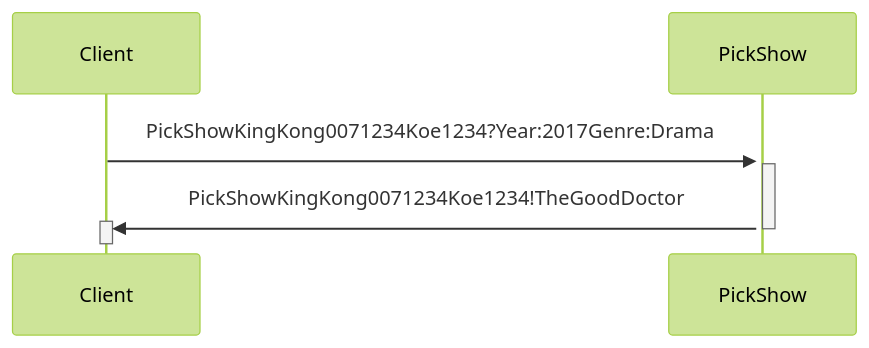
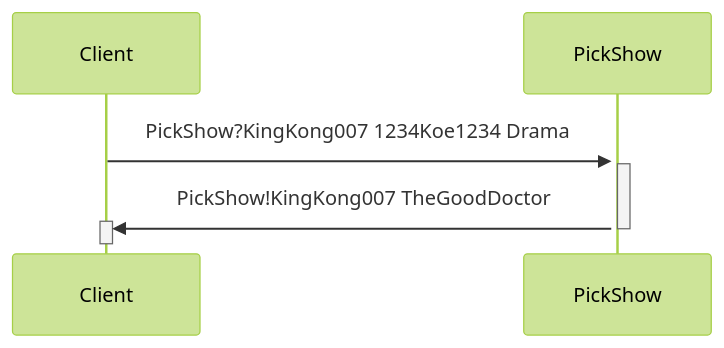
Before and after one commit to CeyhanYildiz/Network_Zmq: the second of 3 diagrams in README.md, drawn with Mermaid (forest theme). The commit also changed other lines of this file, not shown here.

````diff
--- a/README.md
+++ b/README.md
@@ -29,12 +29,12 @@
 ```mermaid
 sequenceDiagram
     participant Client
     participant PickShow
 
 
-    Client->>+PickShow: PickShowKingKong0071234Koe1234?Year:2017Genre:Drama
+    Client->>+PickShow: PickShow?KingKong007 1234Koe1234 Drama
     activate PickShow
-    PickShow->>+Client: PickShowKingKong0071234Koe1234!TheGoodDoctor
+    PickShow->>+Client: PickShow!KingKong007 TheGoodDoctor
     deactivate PickShow
     deactivate Client
 ```
````
